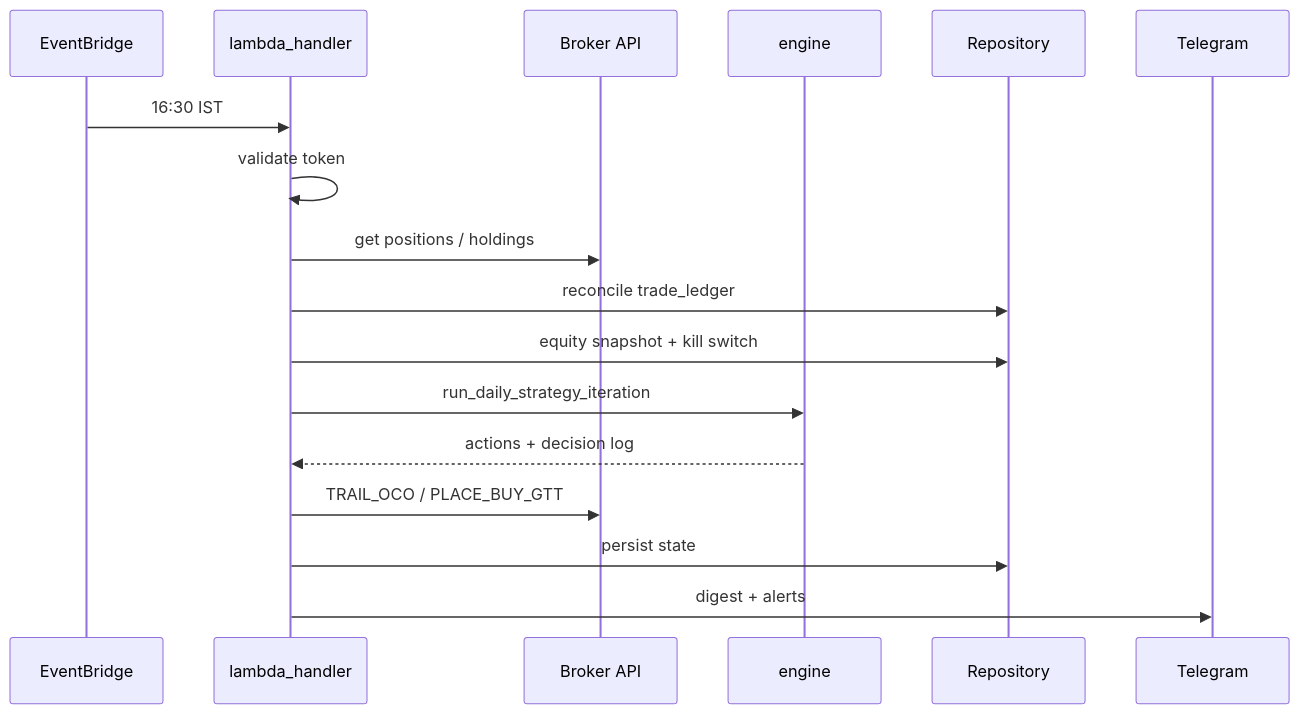
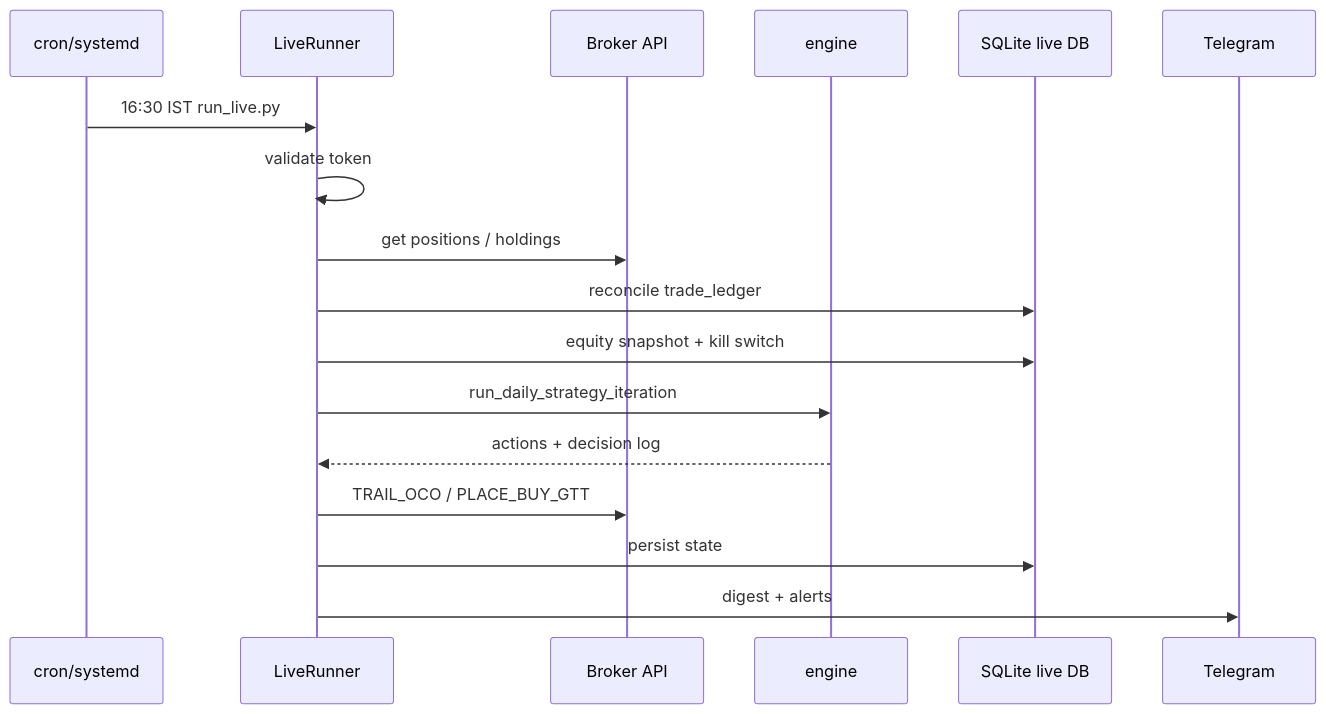
Before and after one commit to dattahs/swinger: the second of 2 diagrams in REQUIREMENTS_v1.md, drawn with Mermaid. The commit also changed other lines of this file and 78 other files, not shown here.

````diff
--- a/REQUIREMENTS_v1.md
+++ b/REQUIREMENTS_v1.md
@@ -706,20 +725,20 @@
 ```mermaid
 sequenceDiagram
-    participant EB as EventBridge
-    participant L as lambda_handler
+    participant CR as cron/systemd
+    participant R as LiveRunner
     participant B as Broker API
     participant E as engine
-    participant R as Repository
+    participant DB as SQLite live DB
     participant T as Telegram
 
-    EB->>L: 16:30 IST
-    L->>L: validate token
-    L->>B: get positions / holdings
-    L->>R: reconcile trade_ledger
-    L->>R: equity snapshot + kill switch
-    L->>E: run_daily_strategy_iteration
-    E-->>L: actions + decision log
-    L->>B: TRAIL_OCO / PLACE_BUY_GTT
-    L->>R: persist state
-    L->>T: digest + alerts
+    CR->>R: 16:30 IST run_live.py
+    R->>R: validate token
+    R->>B: get positions / holdings
+    R->>DB: reconcile trade_ledger
+    R->>DB: equity snapshot + kill switch
+    R->>E: run_daily_strategy_iteration
+    E-->>R: actions + decision log
+    R->>B: TRAIL_OCO / PLACE_BUY_GTT
+    R->>DB: persist state
+    R->>T: digest + alerts
 ```
````
